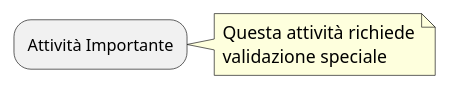
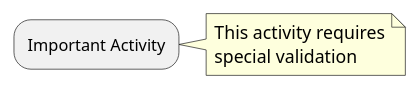
One commit to Seniorsimo/sas-template changed the sixth of 25 diagrams in 03-behavioral-diagrams/activity-diagrams/README.md. Above: the diagram before and after it, drawn with PlantUML. The commit also changed other lines of this file and 49 other files, not shown here.

````diff
--- a/03-behavioral-diagrams/activity-diagrams/README.md
+++ b/03-behavioral-diagrams/activity-diagrams/README.md
@@ -64,4 +64,4 @@
 ```plantuml
-:Attività Importante;
-note right: Questa attività richiede\nvalidazione speciale
+:Important Activity;
+note right: This activity requires\nspecial validation
 ```
````
